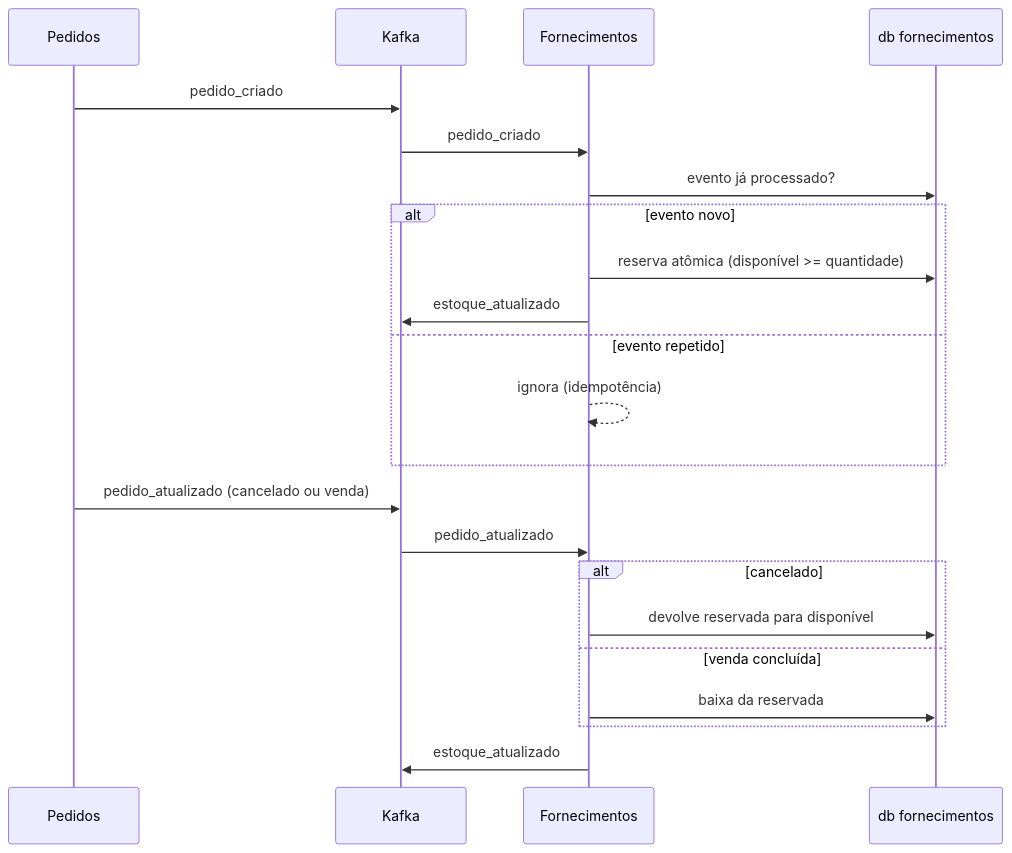
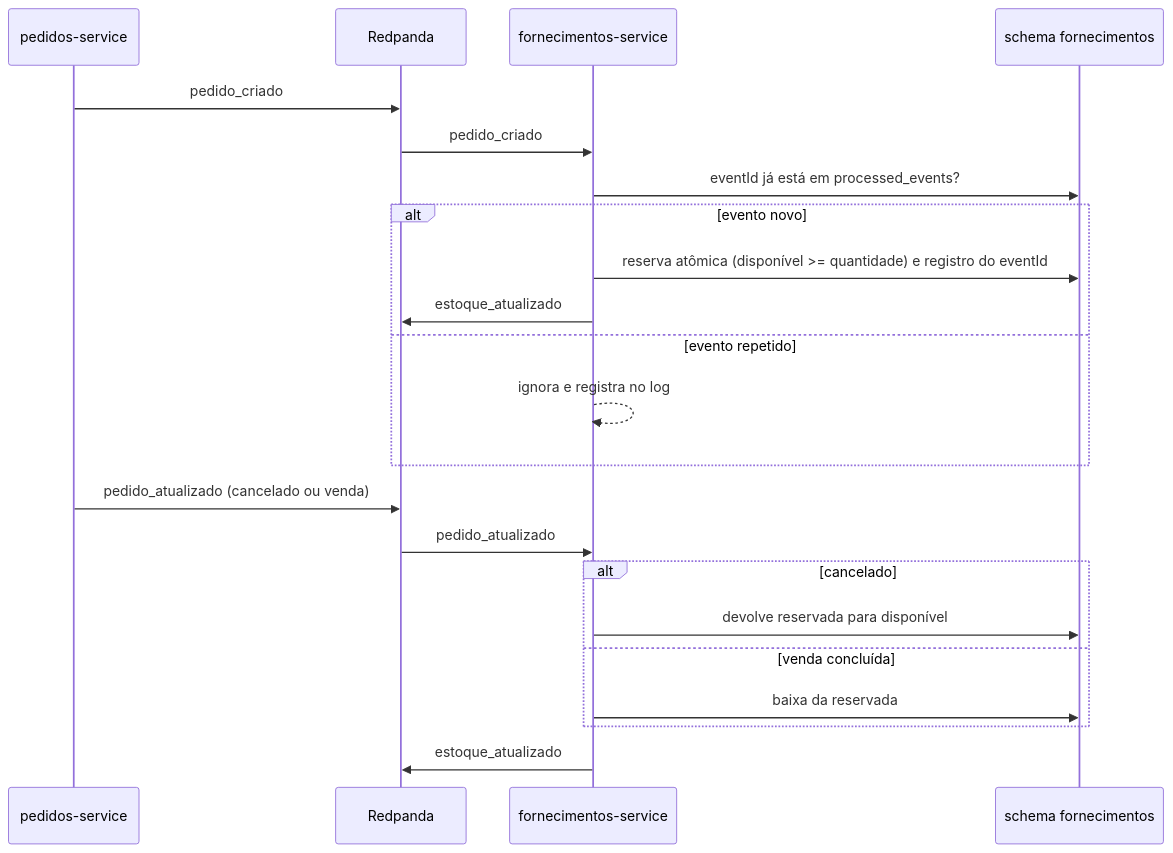
The third of 3 diagrams in docs/relatorio-tecnico.md (davicalvarenga/Sistema-MicServ-SD), drawn with Mermaid before and after one commit. The commit also changed other lines of this file and 2 other files, not shown here.

````diff
--- a/docs/relatorio-tecnico.md
+++ b/docs/relatorio-tecnico.md
@@ -187,24 +222,24 @@
 ```mermaid
 sequenceDiagram
-    participant PED as Pedidos
-    participant K as Kafka
-    participant F as Fornecimentos
-    participant DB as db fornecimentos
+    participant PED as pedidos-service
+    participant K as Redpanda
+    participant F as fornecimentos-service
+    participant DB as schema fornecimentos
     PED->>K: pedido_criado
     K->>F: pedido_criado
-    F->>DB: evento já processado?
+    F->>DB: eventId já está em processed_events?
     alt evento novo
-        F->>DB: reserva atômica (disponível >= quantidade)
+        F->>DB: reserva atômica (disponível >= quantidade) e registro do eventId
         F->>K: estoque_atualizado
     else evento repetido
-        F-->>F: ignora (idempotência)
+        F-->>F: ignora e registra no log
     end
     PED->>K: pedido_atualizado (cancelado ou venda)
     K->>F: pedido_atualizado
     alt cancelado
         F->>DB: devolve reservada para disponível
     else venda concluída
         F->>DB: baixa da reservada
     end
     F->>K: estoque_atualizado
 ```
````
